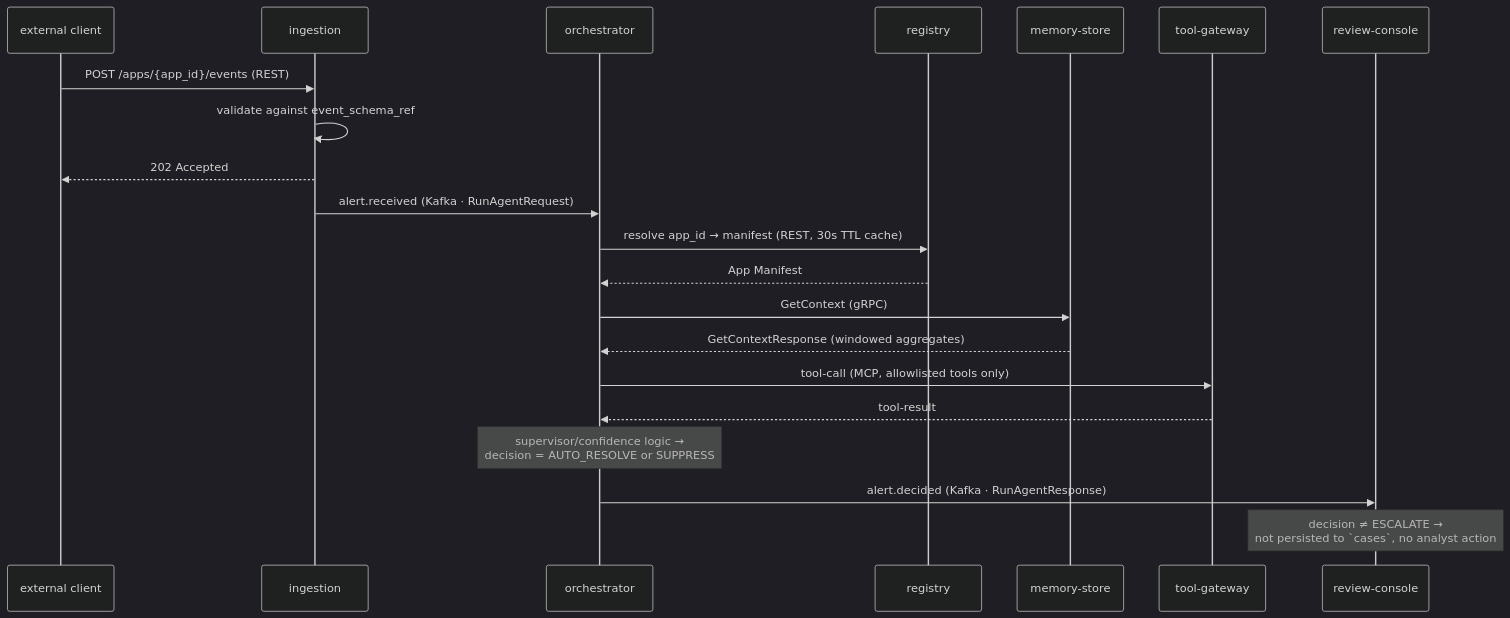
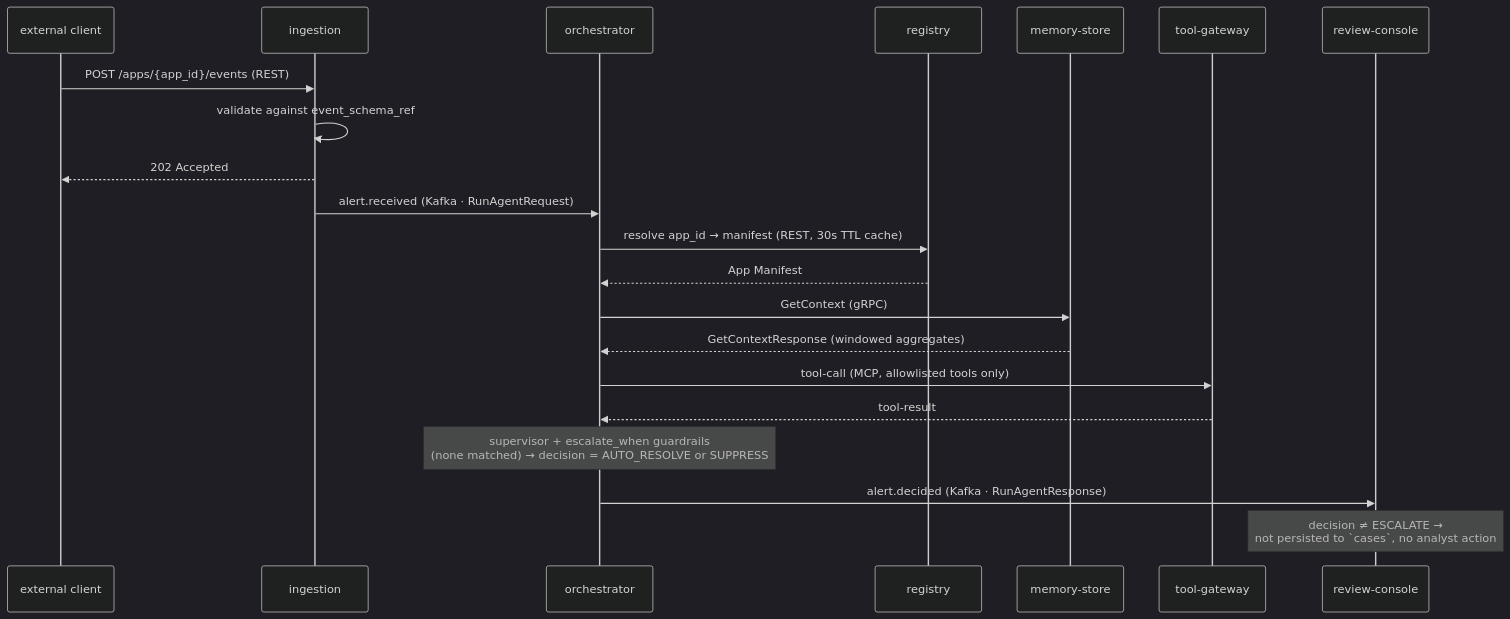
The first of 4 diagrams in docs/sequence_diagram.md (SrikanthArgp/agentic-platform), drawn with Mermaid (dark theme) before and after one commit. The commit also changed other lines of this file and 20 other files, not shown here.

````diff
--- a/docs/sequence_diagram.md
+++ b/docs/sequence_diagram.md
@@ -26,29 +32,29 @@
 ```mermaid
 sequenceDiagram
     participant Client as external client
     participant Ingestion as ingestion
     participant Orchestrator as orchestrator
     participant Registry as registry
     participant MemoryStore as memory-store
     participant ToolGateway as tool-gateway
     participant ReviewConsole as review-console
 
     Client->>Ingestion: POST /apps/{app_id}/events (REST)
     Ingestion->>Ingestion: validate against event_schema_ref
     Ingestion-->>Client: 202 Accepted
     Ingestion->>Orchestrator: alert.received (Kafka · RunAgentRequest)
 
     Orchestrator->>Registry: resolve app_id → manifest (REST, 30s TTL cache)
     Registry-->>Orchestrator: App Manifest
 
     Orchestrator->>MemoryStore: GetContext (gRPC)
     MemoryStore-->>Orchestrator: GetContextResponse (windowed aggregates)
 
     Orchestrator->>ToolGateway: tool-call (MCP, allowlisted tools only)
     ToolGateway-->>Orchestrator: tool-result
 
-    Note over Orchestrator: supervisor/confidence logic →<br/>decision = AUTO_RESOLVE or SUPPRESS
+    Note over Orchestrator: supervisor + escalate_when guardrails<br/>(none matched) → decision = AUTO_RESOLVE or SUPPRESS
 
     Orchestrator->>ReviewConsole: alert.decided (Kafka · RunAgentResponse)
     Note over ReviewConsole: decision ≠ ESCALATE →<br/>not persisted to `cases`, no analyst action
 ```
````
